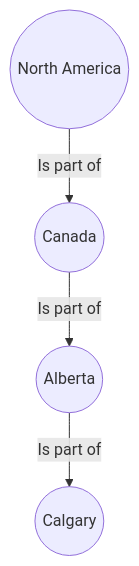
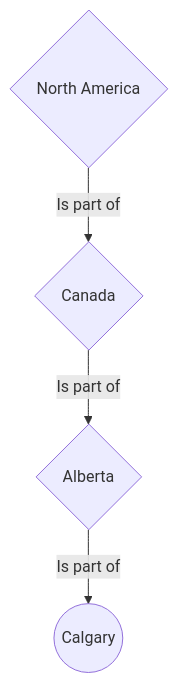
Before and after one commit to Schulich-Ignite/website: the third of 13 diagrams in content/blog/Taxonomical Ordering.md, drawn with Mermaid. The commit also changed other lines of this file and 1 other file, not shown here.

```diff
--- a/content/blog/Taxonomical Ordering.md
+++ b/content/blog/Taxonomical Ordering.md
@@ -74,6 +72,6 @@
 <pre class="mermaid">
 flowchart TD
-    AA((North America)) & a((Canada)) & b((Alberta)) & c((Calgary))
+    AA{North America} & a{Canada} & b{Alberta} & c((Calgary))
     AA --Is part of--> a
     a --Is part of--> b --Is part of--> c
 </pre>
```
